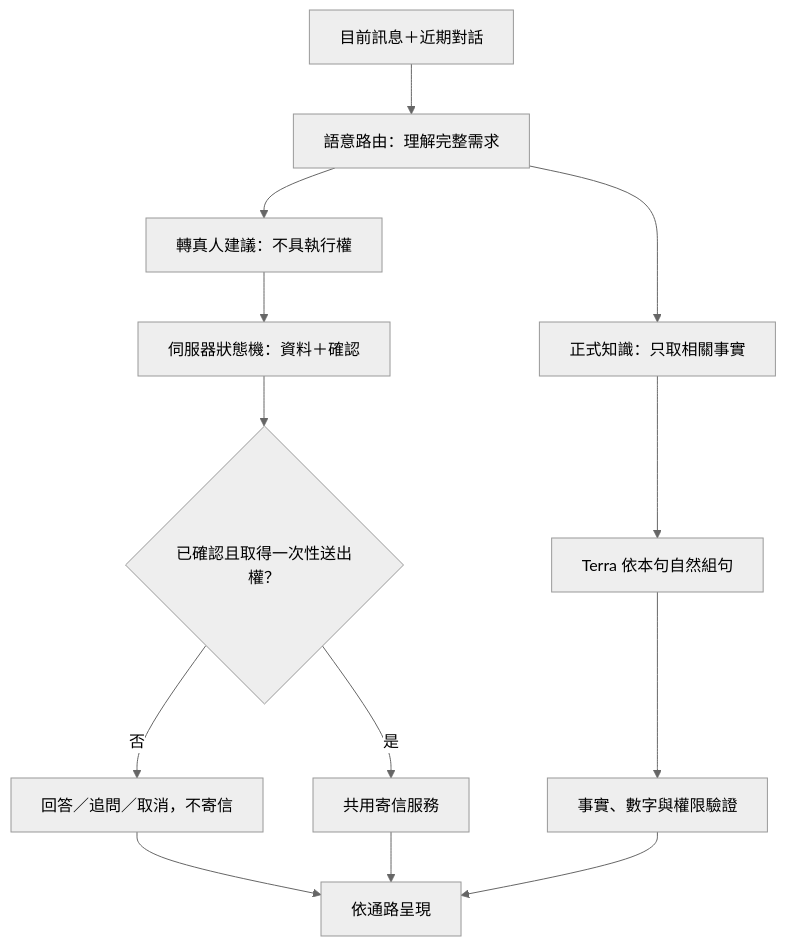
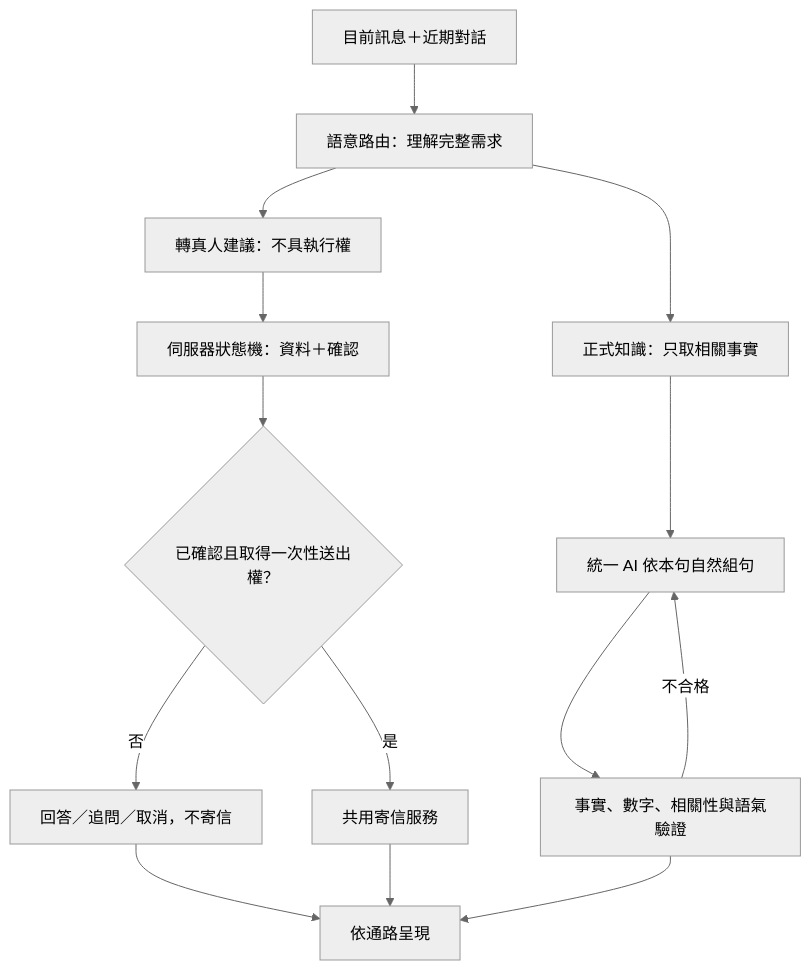
One commit to hotelmapp/hotelmapp changed the diagram in docs/ai-front-desk-complete-logic.md. Above: the diagram before and after it, drawn with Mermaid (neutral theme). The commit also changed other lines of this file and 22 other files, not shown here.

````diff
--- a/docs/ai-front-desk-complete-logic.md
+++ b/docs/ai-front-desk-complete-logic.md
@@ -15,15 +15,16 @@
 ```mermaid
 flowchart TD
     A["目前訊息＋近期對話"] --> B["語意路由：理解完整需求"]
     B --> C["正式知識：只取相關事實"]
     B --> D["轉真人建議：不具執行權"]
     D --> E["伺服器狀態機：資料＋確認"]
     E --> F{"已確認且取得一次性送出權？"}
     F -- 否 --> G["回答／追問／取消，不寄信"]
     F -- 是 --> H["共用寄信服務"]
-    C --> I["Terra 依本句自然組句"]
-    I --> K["事實、數字與權限驗證"]
+    C --> I["統一 AI 依本句自然組句"]
+    I --> K["事實、數字、相關性與語氣驗證"]
+    K -- 不合格 --> I
     G --> J["依通路呈現"]
     H --> J
     K --> J
 ```
````
